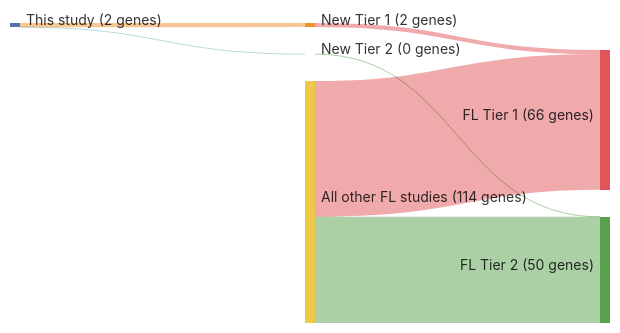
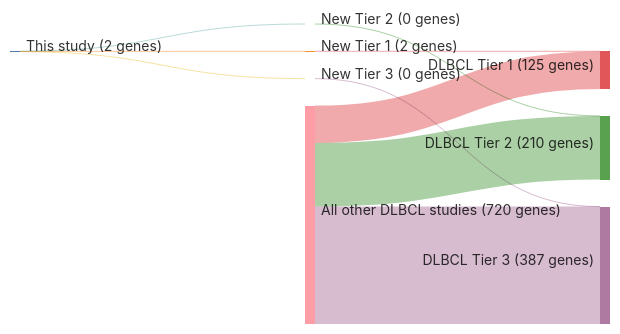
One commit to morinlab/lymphopedia changed the diagram in papers/pasqualucciInactivatingMutationsAcetyltransferase2011.md. Above: the diagram before and after it, drawn with Mermaid. The commit also changed other lines of this file and 81 other files, not shown here.

````diff
--- a/papers/pasqualucciInactivatingMutationsAcetyltransferase2011.md
+++ b/papers/pasqualucciInactivatingMutationsAcetyltransferase2011.md
@@ -13,20 +13,23 @@
 ```mermaid
 ---
 config:
     sankey:
         showValues: true
         linkColor: target
         width: 600
         height: 300
         nodeAlignment: right
         prefix: '('
         suffix: ' genes)'
 ---
 sankey-beta
 This study, New Tier 1, 2
-New Tier 1, FL Tier 1, 2
+New Tier 1, DLBCL Tier 1, 2
 This study, New Tier 2, 0
-New Tier 2, FL Tier 2, 0
-All other FL studies, FL Tier 1, 64
-All other FL studies, FL Tier 2, 50
+New Tier 2, DLBCL Tier 2, 0
+This study, New Tier 3, 0
+New Tier 3, DLBCL Tier 3, 0
+All other DLBCL studies, DLBCL Tier 1, 123
+All other DLBCL studies, DLBCL Tier 2, 210
+All other DLBCL studies, DLBCL Tier 3, 387
 ```
````
